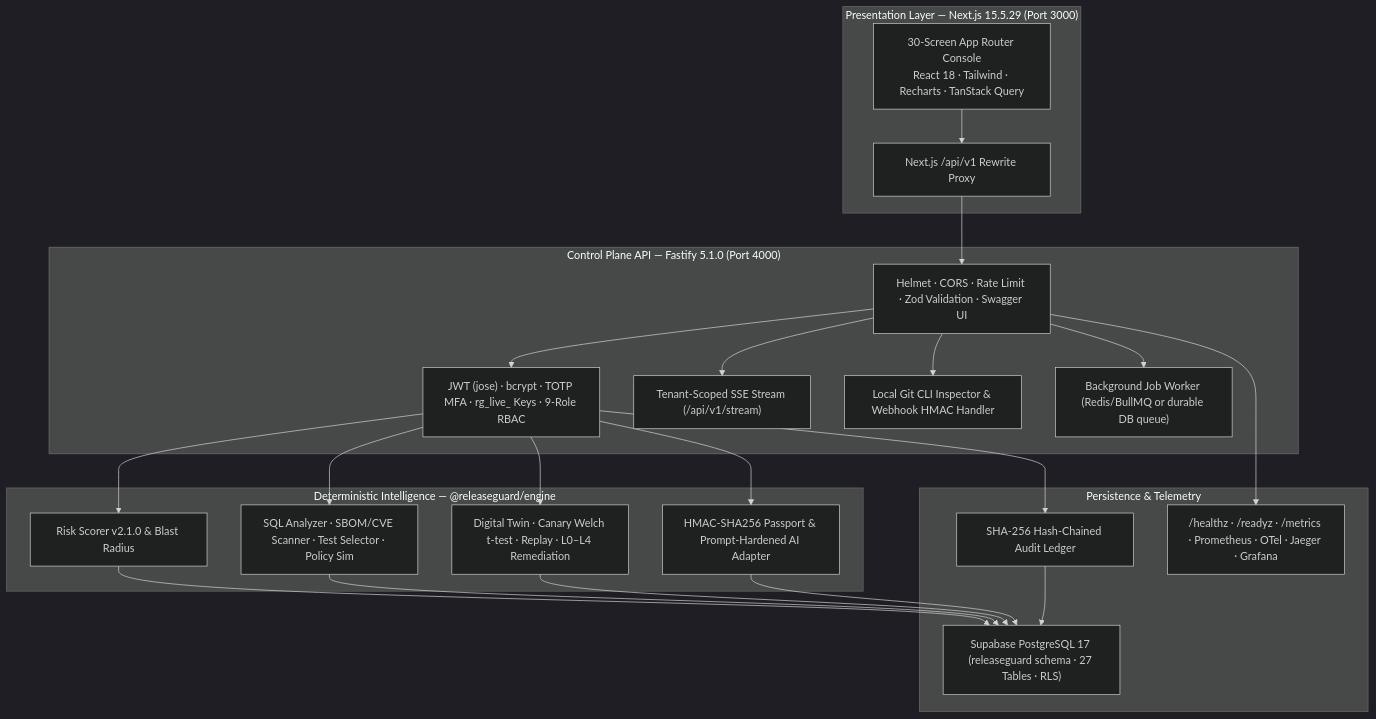
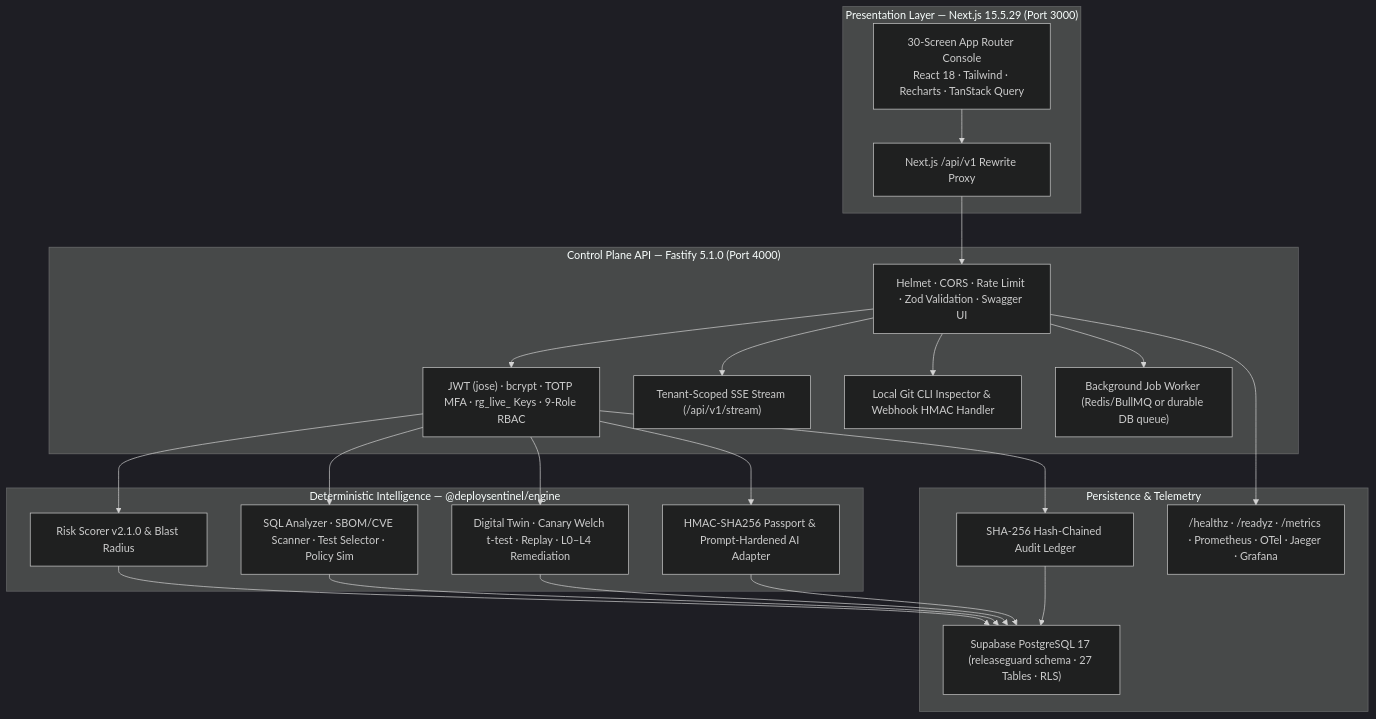
Before and after one commit to Madanpatel21/DeploySentinel: the second of 6 diagrams in README.md, drawn with Mermaid (dark theme). The commit also changed other lines of this file and 55 other files, not shown here.

````diff
--- a/README.md
+++ b/README.md
@@ -201,37 +201,37 @@
 ```mermaid
 flowchart TB
     subgraph ClientLayer["Presentation Layer — Next.js 15.5.29 (Port 3000)"]
         Web["30-Screen App Router Console<br/>React 18 · Tailwind · Recharts · TanStack Query"]
         Proxy["Next.js /api/v1 Rewrite Proxy"]
     end
 
     subgraph ApiLayer["Control Plane API — Fastify 5.1.0 (Port 4000)"]
         Gateway["Helmet · CORS · Rate Limit · Zod Validation · Swagger UI"]
         Auth["JWT (jose) · bcrypt · TOTP MFA · rg_live_ Keys · 9-Role RBAC"]
         SSE["Tenant-Scoped SSE Stream (/api/v1/stream)"]
         GitCLI["Local Git CLI Inspector & Webhook HMAC Handler"]
         Worker["Background Job Worker (Redis/BullMQ or durable DB queue)"]
     end
 
-    subgraph EngineLayer["Deterministic Intelligence — @releaseguard/engine"]
+    subgraph EngineLayer["Deterministic Intelligence — @deploysentinel/engine"]
         Risk["Risk Scorer v2.1.0 & Blast Radius"]
         Guards["SQL Analyzer · SBOM/CVE Scanner · Test Selector · Policy Sim"]
         Ops["Digital Twin · Canary Welch t-test · Replay · L0–L4 Remediation"]
         Passport["HMAC-SHA256 Passport & Prompt-Hardened AI Adapter"]
     end
 
     subgraph DataLayer["Persistence & Telemetry"]
         PG["Supabase PostgreSQL 17 (releaseguard schema · 27 Tables · RLS)"]
         Audit["SHA-256 Hash-Chained Audit Ledger"]
         Obs["/healthz · /readyz · /metrics · Prometheus · OTel · Jaeger · Grafana"]
     end
 
     Web --> Proxy --> Gateway
     Gateway --> Auth --> Risk & Guards & Ops & Passport
     Gateway --> SSE
     Gateway --> GitCLI
     Gateway --> Worker
     Risk & Guards & Ops & Passport --> PG
     Auth --> Audit --> PG
     Gateway --> Obs
 ```
````
